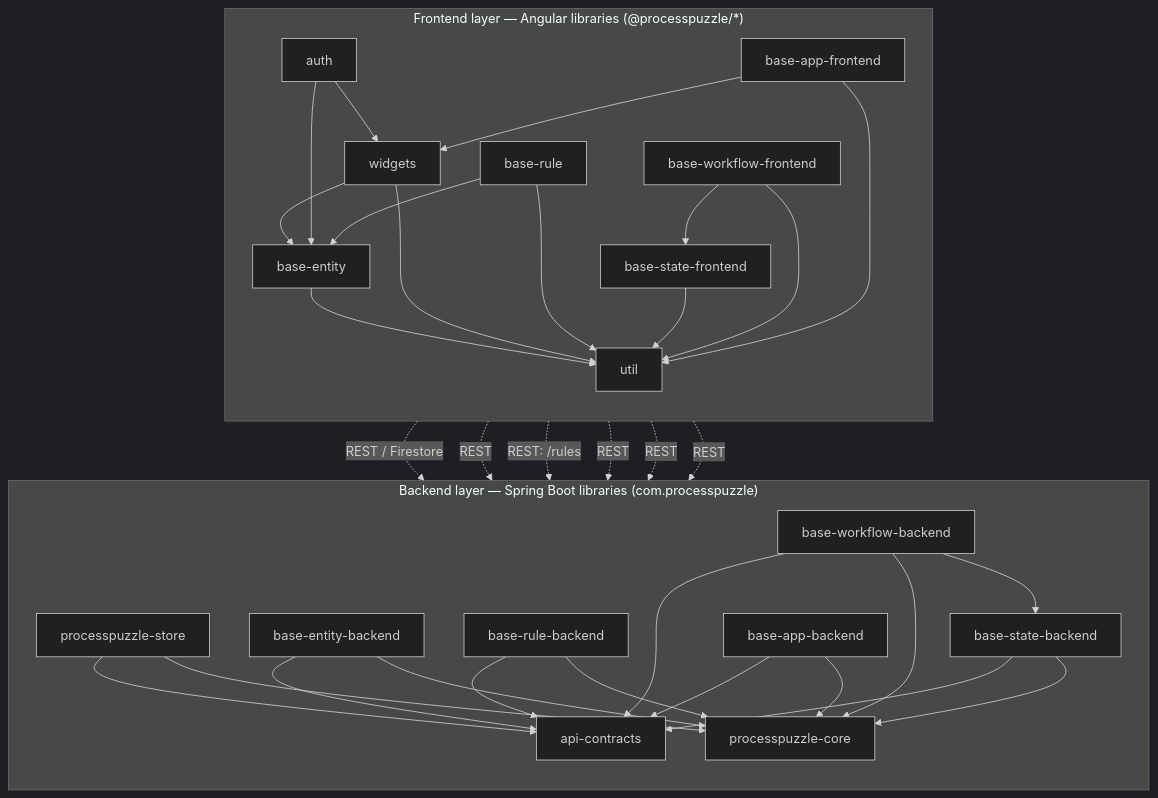
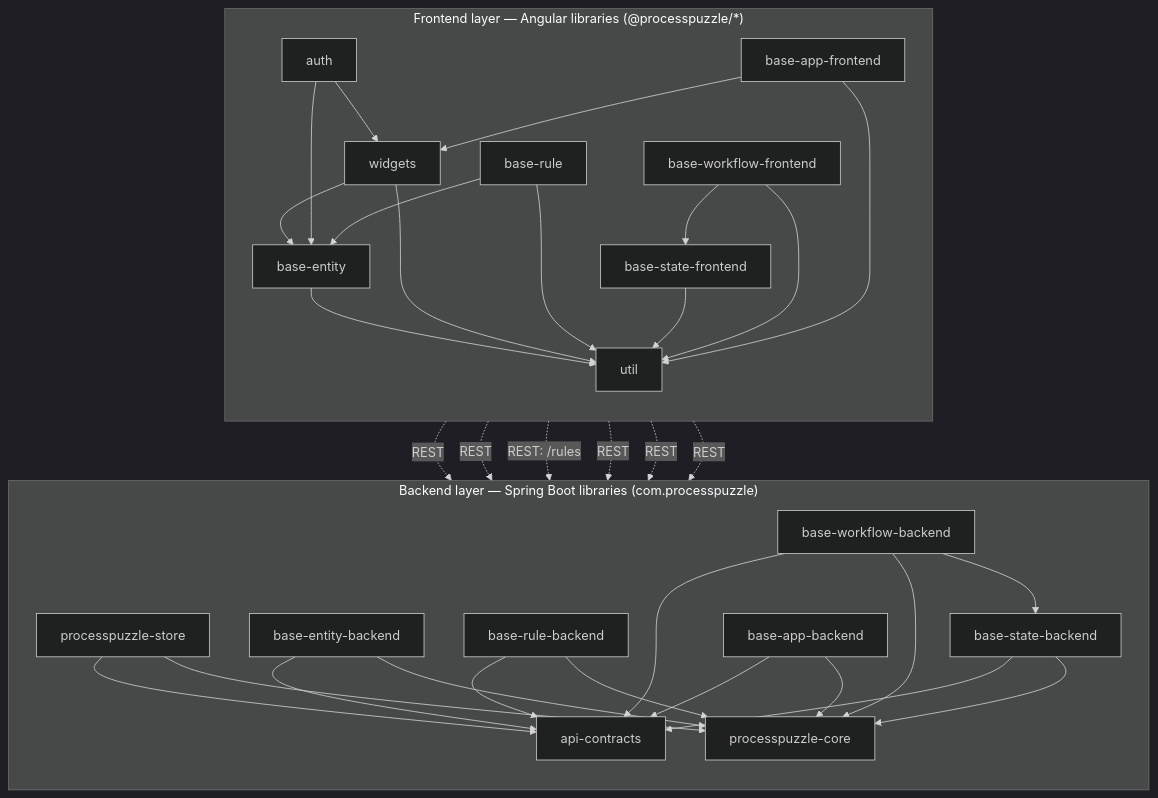
Before and after one commit to ZsZs/processpuzzle: the first of 3 diagrams in README.md, drawn with Mermaid (dark theme). The commit also changed other lines of this file and 194 other files, not shown here.

````diff
--- a/README.md
+++ b/README.md
@@ -52,60 +52,60 @@
 ```mermaid
 graph TD
   subgraph FE["Frontend layer — Angular libraries (@processpuzzle/*)"]
     direction TB
     util[util]
     widgets[widgets]
     auth[auth]
     entityFE[base-entity]
     ruleFE[base-rule]
     stateFE[base-state-frontend]
     workflowFE[base-workflow-frontend]
     appFE[base-app-frontend]
 
     entityFE --> util
     widgets --> entityFE
     widgets --> util
     auth --> entityFE
     auth --> widgets
     ruleFE --> entityFE
     ruleFE --> util
     stateFE --> util
     workflowFE --> stateFE
     workflowFE --> util
     appFE --> widgets
     appFE --> util
   end
 
   subgraph BE["Backend layer — Spring Boot libraries (com.processpuzzle)"]
     direction TB
     core[processpuzzle-core]
     contracts[api-contracts]
     store[processpuzzle-store]
     entityBE[base-entity-backend]
     ruleBE[base-rule-backend]
     stateBE[base-state-backend]
     workflowBE[base-workflow-backend]
     appBE[base-app-backend]
 
     store --> core
     store --> contracts
     entityBE --> core
     entityBE --> contracts
     ruleBE --> core
     ruleBE --> contracts
     stateBE --> core
     stateBE --> contracts
     workflowBE --> stateBE
     workflowBE --> core
     workflowBE --> contracts
     appBE --> core
     appBE --> contracts
   end
 
-  entityFE -. "REST / Firestore" .-> store
+  entityFE -. REST .-> store
   entityFE -. REST .-> entityBE
   ruleFE -. "REST: /rules" .-> ruleBE
   stateFE -. REST .-> stateBE
   workflowFE -. REST .-> workflowBE
   appFE -. REST .-> appBE
 ```
````
